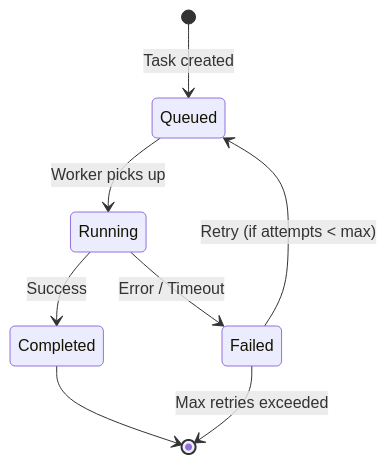
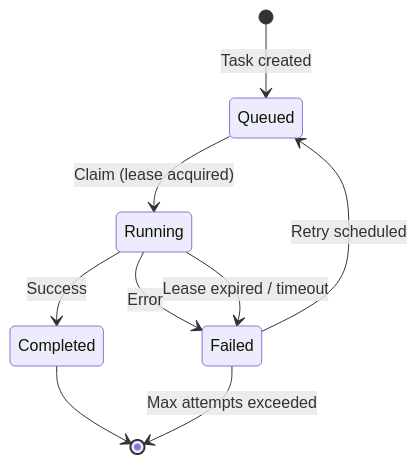
The first of 3 diagrams in docs/architecture/data_model/orchestration.md (c7121/trace), drawn with Mermaid before and after one commit. The commit also changed other lines of this file and 8 other files, not shown here.

````diff
--- a/docs/architecture/data_model/orchestration.md
+++ b/docs/architecture/data_model/orchestration.md
@@ -249,10 +314,11 @@
 ```mermaid
 stateDiagram-v2
     [*] --> Queued: Task created
-    Queued --> Running: Worker picks up
+    Queued --> Running: Claim (lease acquired)
     Running --> Completed: Success
-    Running --> Failed: Error / Timeout
-    Failed --> Queued: Retry (if attempts < max)
-    Failed --> [*]: Max retries exceeded
+    Running --> Failed: Error
+    Running --> Failed: Lease expired / timeout
+    Failed --> Queued: Retry scheduled
+    Failed --> [*]: Max attempts exceeded
     Completed --> [*]
 ```
````
